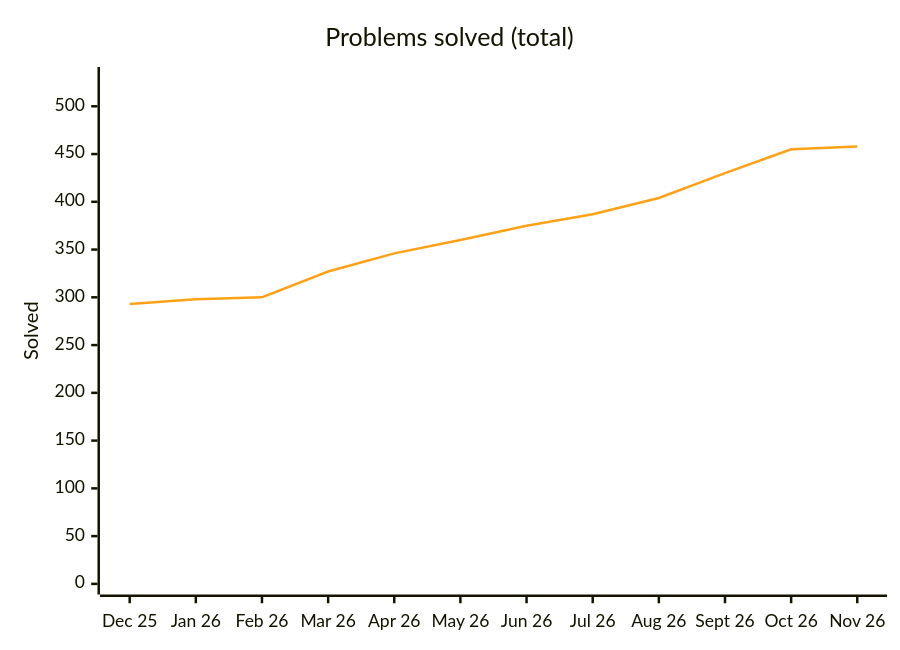
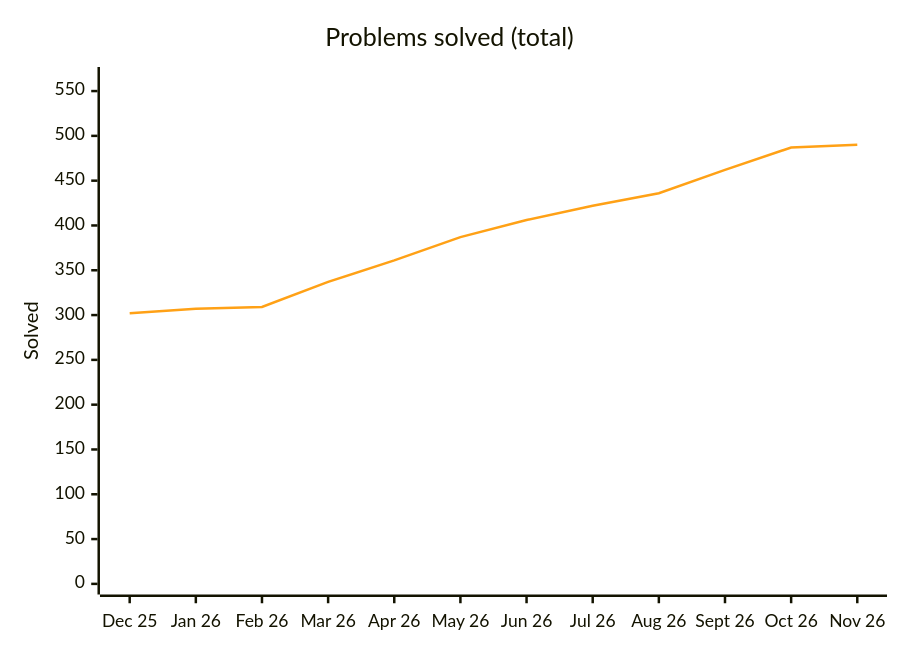
The diagram in README.md (Ved-u/Java-DSA), drawn with Mermaid before and after one commit. The commit also changed other lines of this file and 40 other files, not shown here.

````diff
--- a/README.md
+++ b/README.md
@@ -53,8 +53,8 @@
 ```mermaid
 %%{init: {"themeVariables": {"xyChart": {"plotColorPalette": "#ffa116"}}}}%%
 xychart-beta
     title "Problems solved (total)"
     x-axis ["Dec 25", "Jan 26", "Feb 26", "Mar 26", "Apr 26", "May 26", "Jun 26", "Jul 26", "Aug 26", "Sept 26", "Oct 26", "Nov 26"]
-    y-axis "Solved" 0 --> 530
-    line [293, 298, 300, 327, 346, 360, 375, 387, 404, 430, 455, 458]
+    y-axis "Solved" 0 --> 565
+    line [302, 307, 309, 337, 361, 387, 406, 422, 436, 462, 487, 490]
 ```
````
